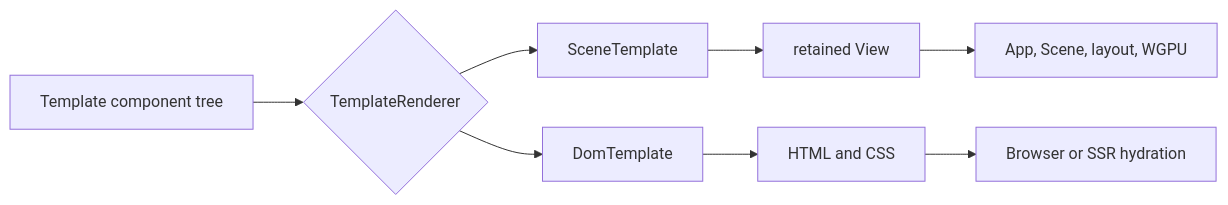
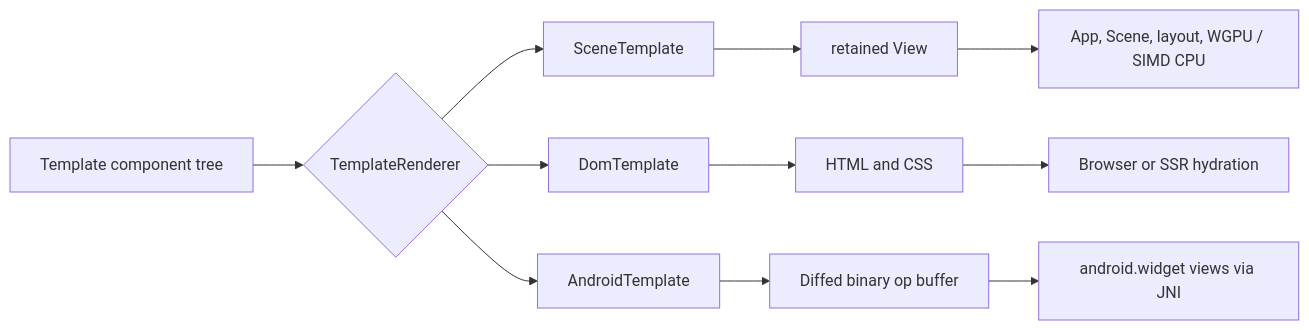
One commit to codefionn/schnellui changed the third of 3 diagrams in docs/architecture.md. Above: the diagram before and after it, drawn with Mermaid. The commit also changed other lines of this file and 9 other files, not shown here.

````diff
--- a/docs/architecture.md
+++ b/docs/architecture.md
@@ -871,10 +877,13 @@
 ```mermaid
 flowchart LR
   T[Template component tree] --> R{TemplateRenderer}
   R --> ST[SceneTemplate]
   ST --> V[retained View]
-  V --> N[App, Scene, layout, WGPU]
+  V --> N[App, Scene, layout, WGPU / SIMD CPU]
   R --> DT[DomTemplate]
   DT --> H[HTML and CSS]
   H --> B[Browser or SSR hydration]
+  R --> AT[AndroidTemplate]
+  AT --> AO[Diffed binary op buffer]
+  AO --> AW[android.widget views via JNI]
 ```
````
